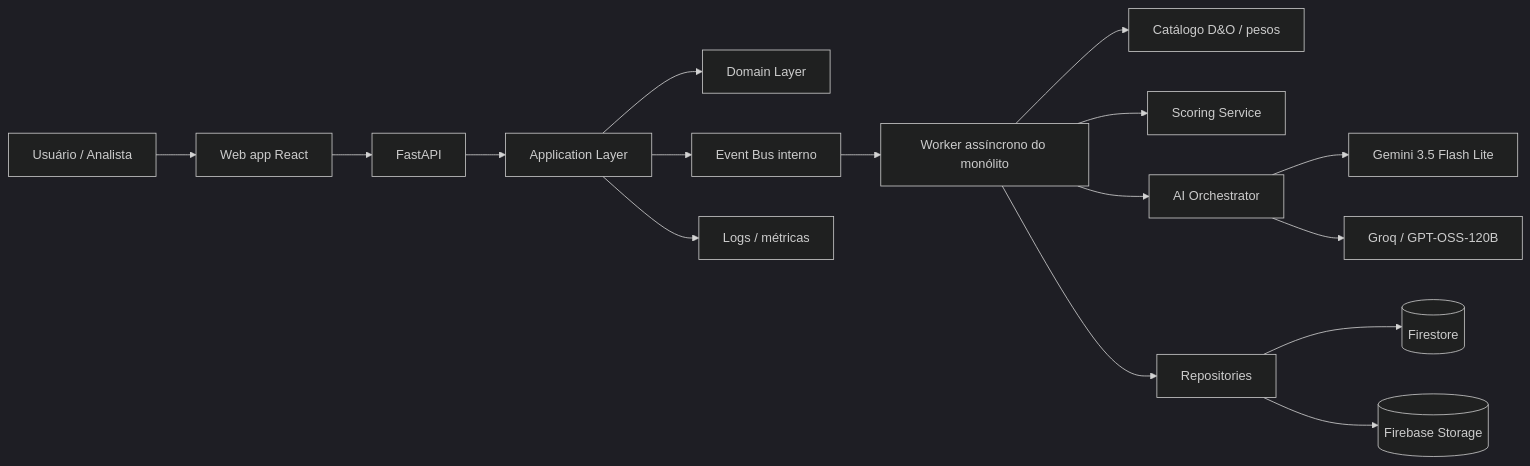
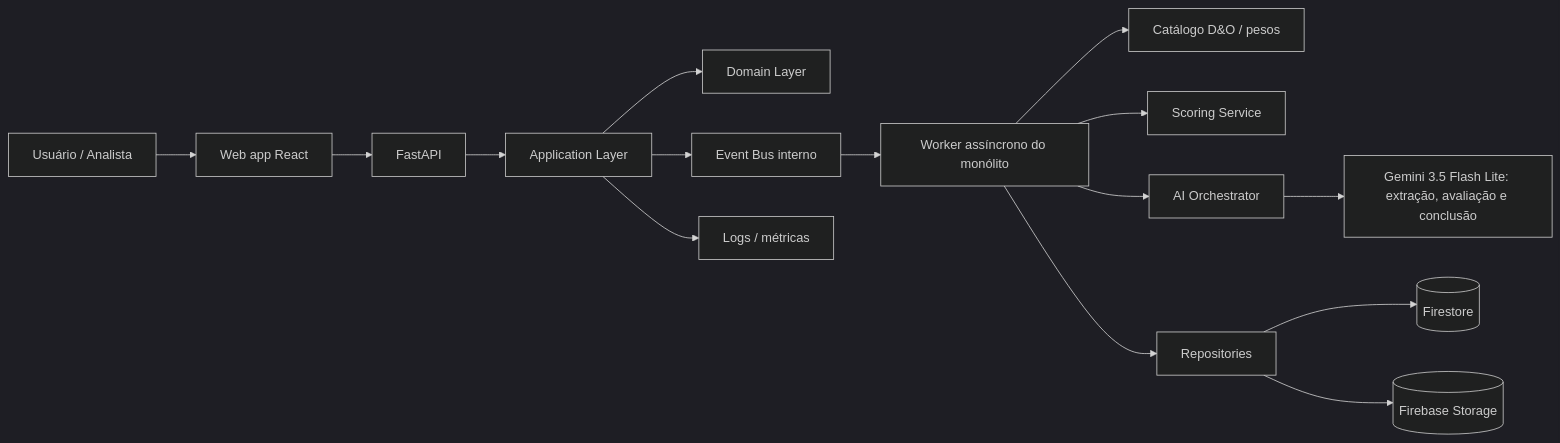
Before and after one commit to SantanaYure/ClauseAI: the first of 3 diagrams in docs/architecture/ARCHITECTURE_OVERVIEW.md, drawn with Mermaid (dark theme). The commit also changed other lines of this file and 22 other files, not shown here.

First line of the commit message:
refactor(ai): use Gemini 3.5 Flash Lite for concept assessment and conclusion

````diff
--- a/docs/architecture/ARCHITECTURE_OVERVIEW.md
+++ b/docs/architecture/ARCHITECTURE_OVERVIEW.md
@@ -37,18 +37,17 @@
 ```mermaid
 flowchart LR
     U[Usuário / Analista] --> FE[Web app React]
     FE --> API[FastAPI]
     API --> APP[Application Layer]
     APP --> DOM[Domain Layer]
     APP --> BUS[Event Bus interno]
     BUS --> WORKER[Worker assíncrono do monólito]
     WORKER --> KB[Catálogo D&O / pesos]
     WORKER --> SCORE[Scoring Service]
     WORKER --> AI[AI Orchestrator]
-    AI --> GEM[Gemini 3.5 Flash Lite]
-    AI --> GROQ[Groq / GPT-OSS-120B]
+    AI --> GEM[Gemini 3.5 Flash Lite: extração, avaliação e conclusão]
     WORKER --> REPO[Repositories]
     REPO --> FS[(Firestore)]
     REPO --> ST[(Firebase Storage)]
     APP --> OBS[Logs / métricas]
 ```
````
